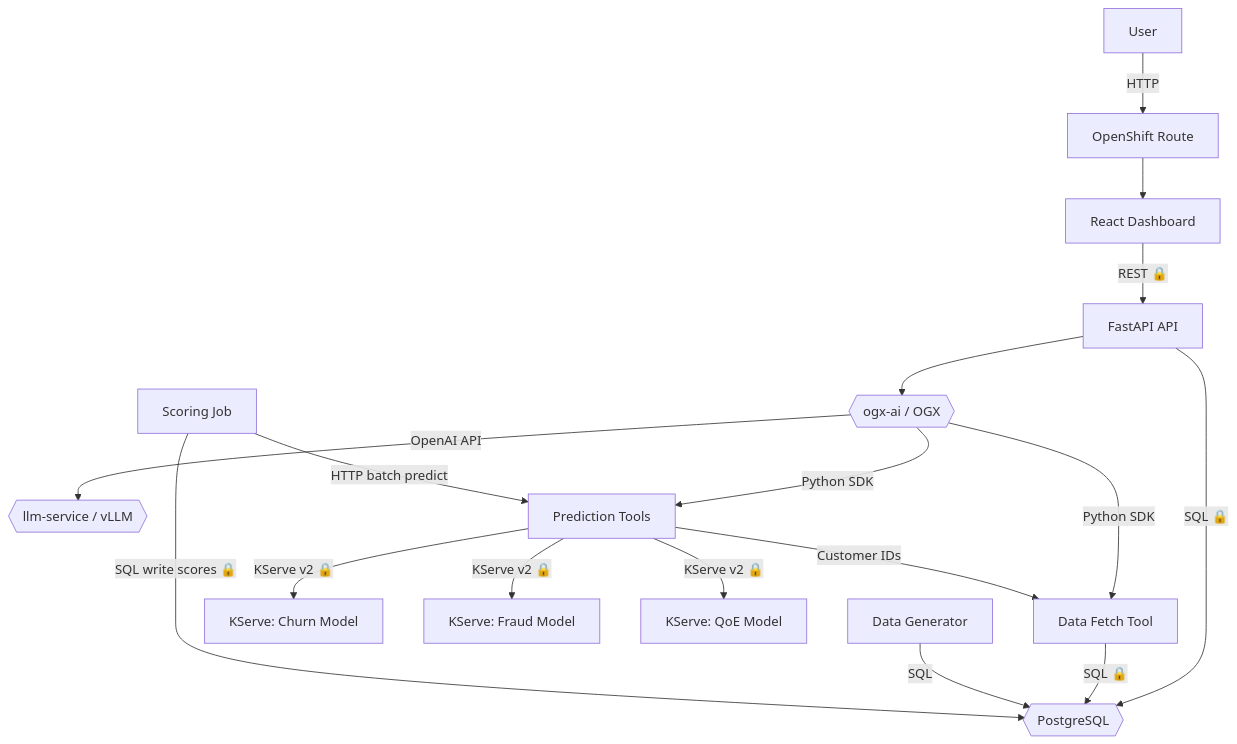
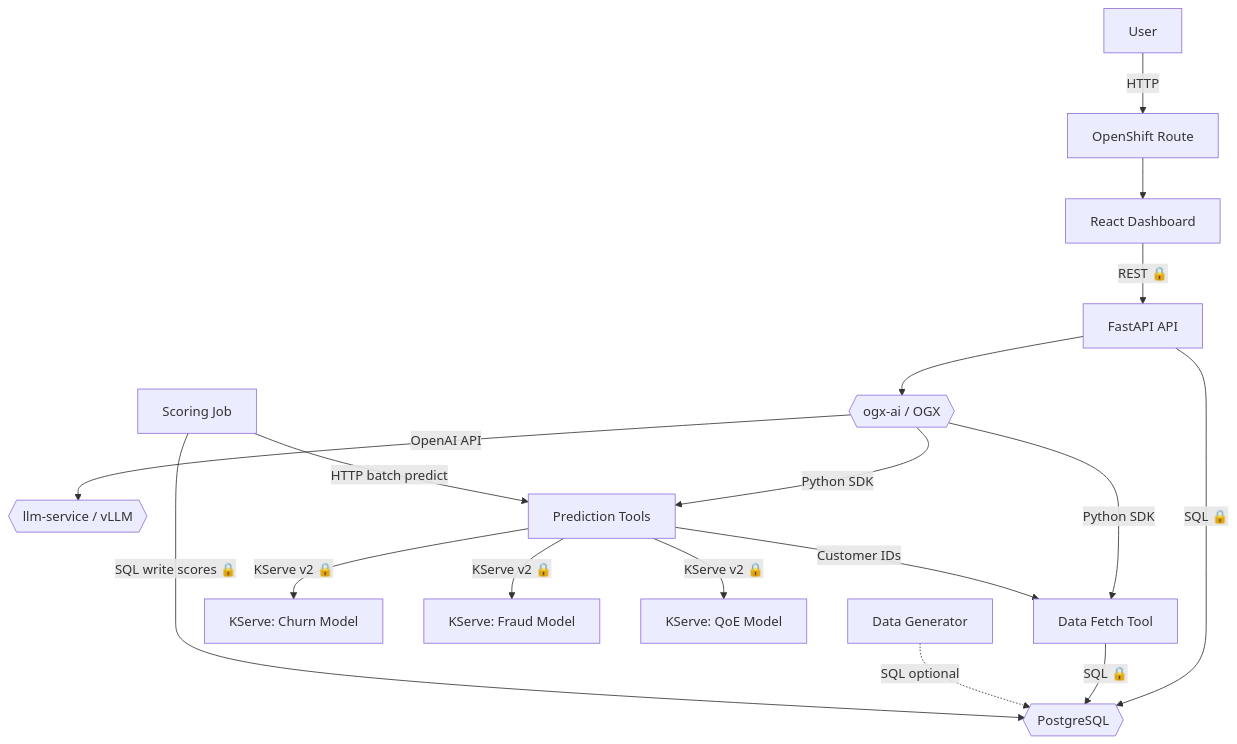
One commit to elhadjici/telco-revenue-assurance-agent changed the diagram in README.md. Above: the diagram before and after it, drawn with Mermaid. The commit also changed other lines of this file, not shown here.

First line of the commit message:
docs: align README with pre-seeded pgvector image and simplified deploy flow

````diff
--- a/README.md
+++ b/README.md
@@ -30,19 +32,19 @@
 ```mermaid
 flowchart TB
     User -->|HTTP| Route[OpenShift Route]
     Route --> Frontend[React Dashboard]
     Frontend -->|REST 🔒| Backend[FastAPI API]
     Backend -->|SQL 🔒| DB{{PostgreSQL}}
     Backend --> OGX{{ogx-ai / OGX}}
     OGX -->|OpenAI API| LLM{{llm-service / vLLM}}
     OGX -->|Python SDK| PredTools[Prediction Tools]
     OGX -->|Python SDK| DataFetch[Data Fetch Tool]
     PredTools -->|Customer IDs| DataFetch
     DataFetch -->|SQL 🔒| DB
     PredTools -->|KServe v2 🔒| ChurnModel[KServe: Churn Model]
     PredTools -->|KServe v2 🔒| FraudModel[KServe: Fraud Model]
     PredTools -->|KServe v2 🔒| QoEModel[KServe: QoE Model]
-    DataGen[Data Generator] -->|SQL| DB
+    DataGen[Data Generator] -.->|SQL optional| DB
     Scoring[Scoring Job] -->|HTTP batch predict| PredTools
     Scoring -->|SQL write scores 🔒| DB
 ```
````
